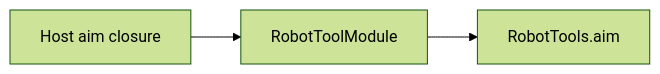
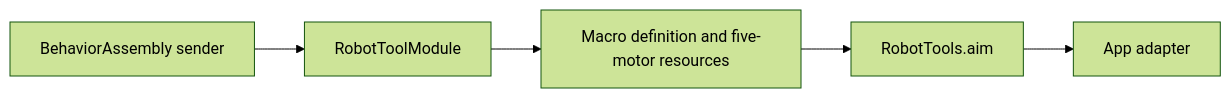
The diagram in MobileHarness/Tools/Robot/Support/README.md (devilyouwei/MobileHarness), drawn with Mermaid (forest theme) before and after one commit. The commit also changed other lines of this file and 85 other files, not shown here.

````diff
--- a/MobileHarness/Tools/Robot/Support/README.md
+++ b/MobileHarness/Tools/Robot/Support/README.md
@@ -5,5 +5,7 @@
 ```mermaid
 flowchart LR
-    Host[Host aim closure] --> Module[RobotToolModule]
-    Module --> Entry[RobotTools.aim]
+    Root[BehaviorAssembly sender] --> Module[RobotToolModule]
+    Module --> Definition[Macro definition and five-motor resources]
+    Definition --> Entry[RobotTools.aim]
+    Entry --> Host[App adapter]
 ```
````
